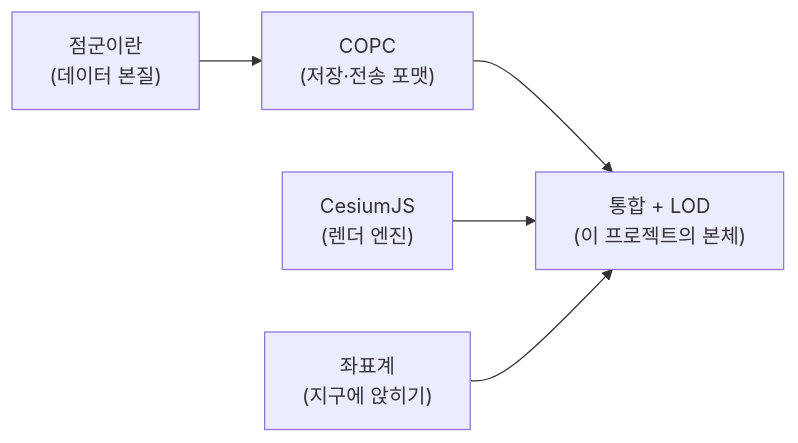
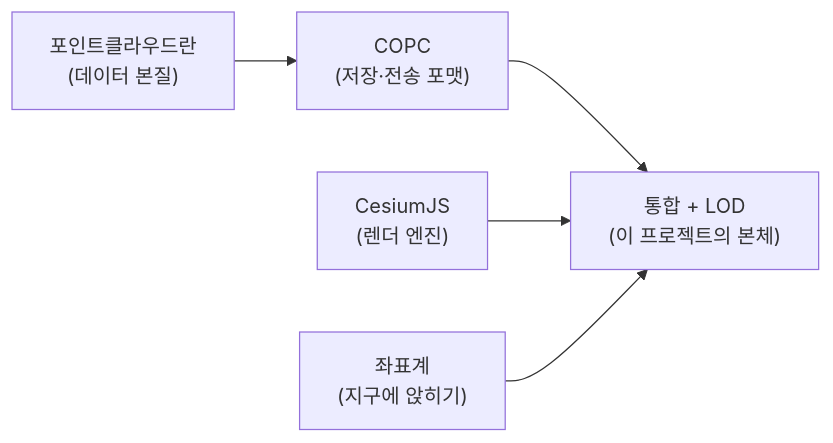
The diagram in docs/learn/index.md (thissak/copc-cesium), drawn with Mermaid before and after one commit. The commit also changed other lines of this file and 25 other files, not shown here.

````diff
--- a/docs/learn/index.md
+++ b/docs/learn/index.md
@@ -14,7 +14,7 @@
 ```mermaid
 flowchart LR
-    A["점군이란<br/>(데이터 본질)"] --> B["COPC<br/>(저장·전송 포맷)"]
+    A["포인트클라우드란<br/>(데이터 본질)"] --> B["COPC<br/>(저장·전송 포맷)"]
     B --> D["통합 + LOD<br/>(이 프로젝트의 본체)"]
     C["CesiumJS<br/>(렌더 엔진)"] --> D
     E["좌표계<br/>(지구에 앉히기)"] --> D
 ```
````
